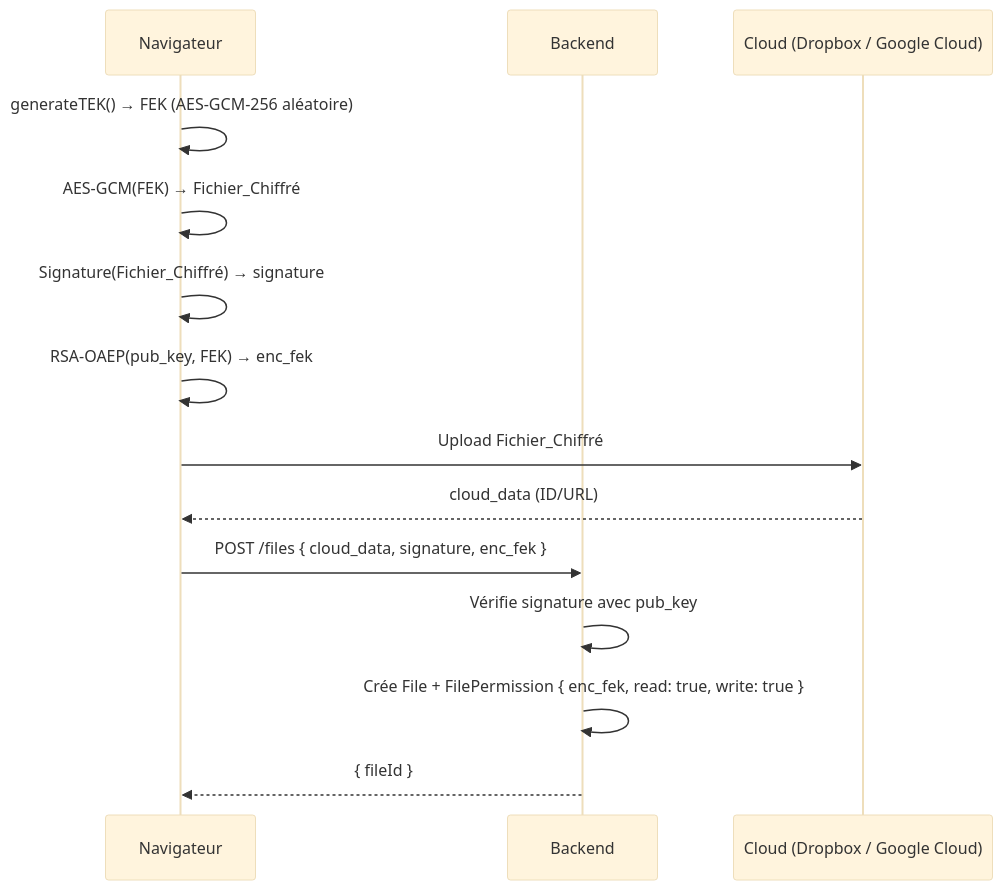
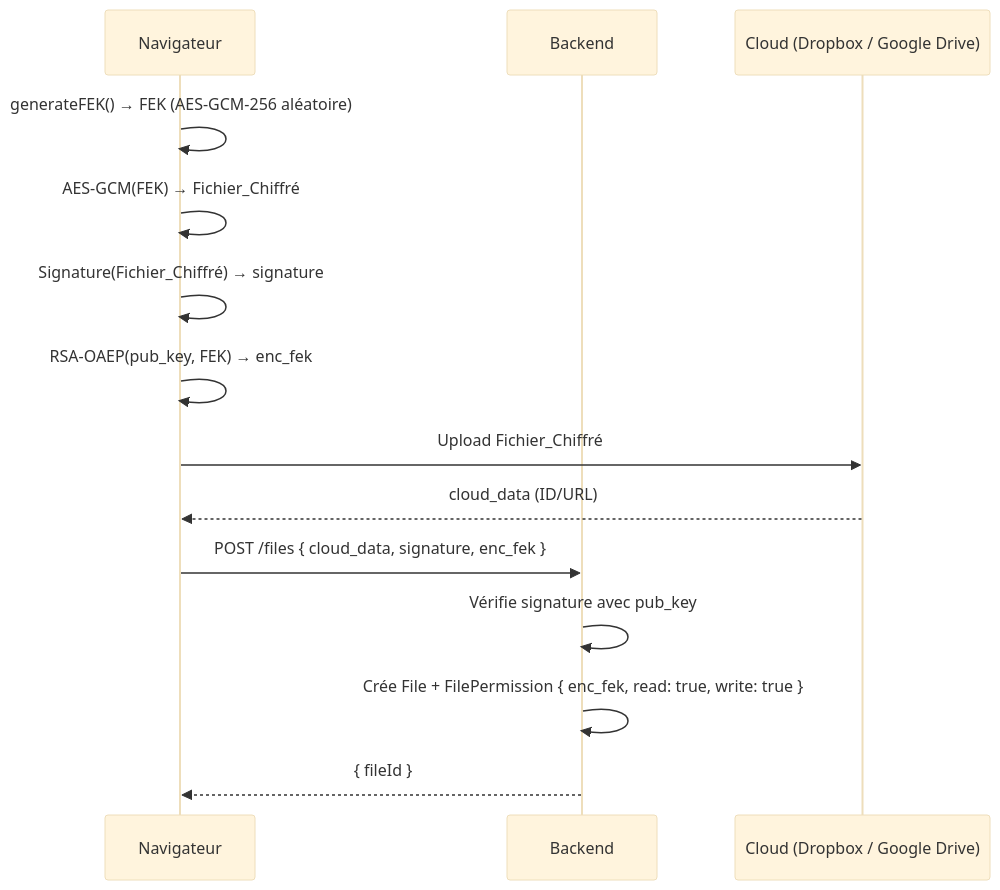
One commit to blind-storage/back-end changed the sixth of 12 diagrams in doc/crypto-flows.md. Above: the diagram before and after it, drawn with Mermaid (base theme). The commit also changed other lines of this file and 3 other files, not shown here.

Commit message:
fix(auth): remove Rezel OIDC flow and update documentation; adjust PKI certificate handling

````diff
--- a/doc/crypto-flows.md
+++ b/doc/crypto-flows.md
@@ -114,17 +153,17 @@
 ```mermaid
 sequenceDiagram
     participant U as Navigateur
     participant B as Backend
-    participant C as Cloud (Dropbox / Google Cloud)
+    participant C as Cloud (Dropbox / Google Drive)
 
-    U->>U: generateTEK() → FEK (AES-GCM-256 aléatoire)
+    U->>U: generateFEK() → FEK (AES-GCM-256 aléatoire)
     U->>U: AES-GCM(FEK) → Fichier_Chiffré
     U->>U: Signature(Fichier_Chiffré) → signature
     U->>U: RSA-OAEP(pub_key, FEK) → enc_fek
     U->>C: Upload Fichier_Chiffré
     C-->>U: cloud_data (ID/URL)
     U->>B: POST /files { cloud_data, signature, enc_fek }
     B->>B: Vérifie signature avec pub_key
     B->>B: Crée File + FilePermission { enc_fek, read: true, write: true }
     B-->>U: { fileId }
 ```
````
